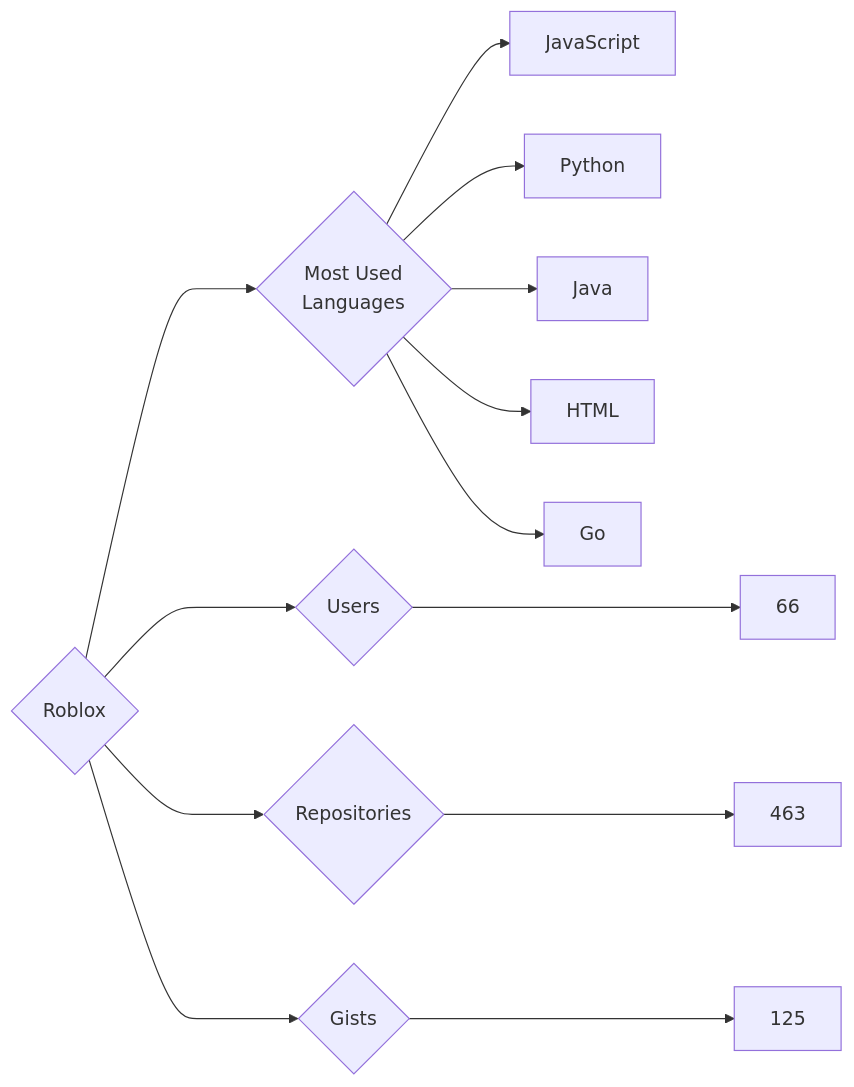
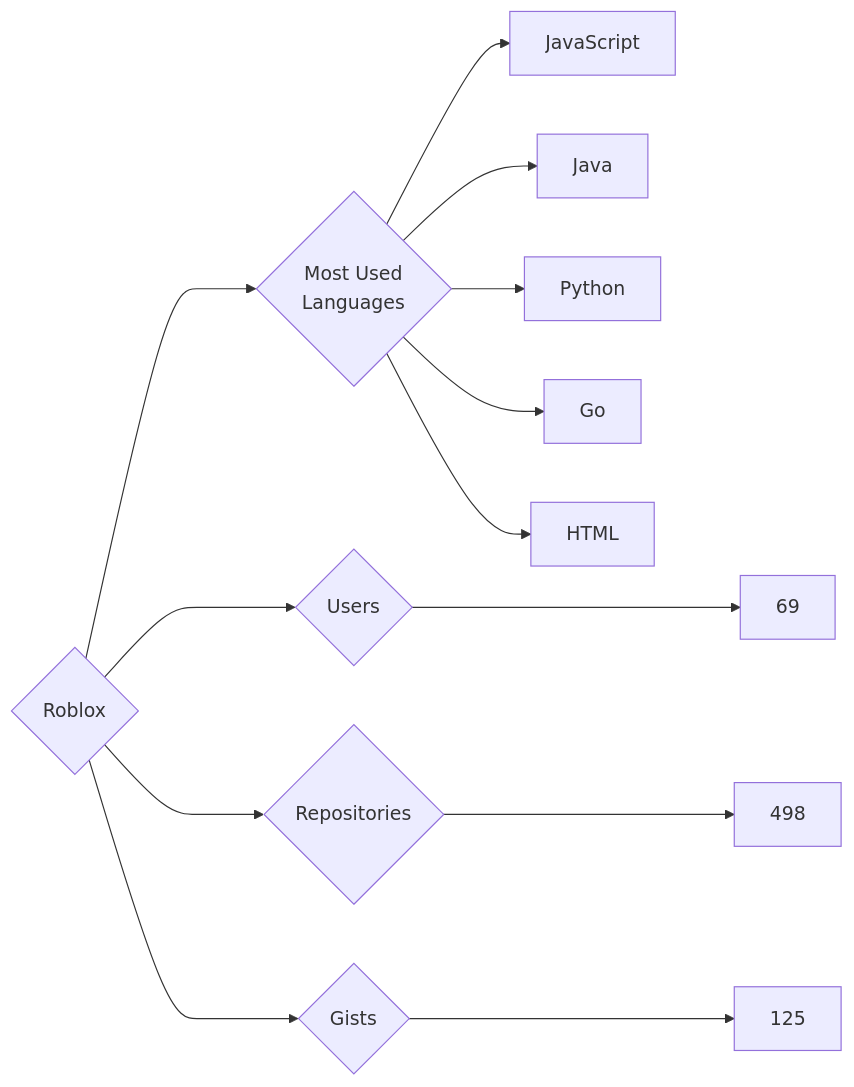
The diagram in targets/Roblox/README.md (trickest/insiders), drawn with Mermaid before and after one commit. The commit also changed 725 other files, not shown here.

````diff
--- a/targets/Roblox/README.md
+++ b/targets/Roblox/README.md
@@ -3,13 +3,13 @@
 ```mermaid
 graph LR
 COMPANY_NAME{Roblox}
-COMPANY_NAME ---> U{Users} ---> UN[66]
-COMPANY_NAME ---> R{Repositories} ---> RN[463]
+COMPANY_NAME ---> U{Users} ---> UN[69]
+COMPANY_NAME ---> R{Repositories} ---> RN[498]
 COMPANY_NAME ---> G{Gists} ---> GN[125]
 COMPANY_NAME ---> ML{Most Used<br>Languages}
 ML --> JavaScript[JavaScript]
+ML --> Java[Java]
 ML --> Python[Python]
-ML --> Java[Java]
+ML --> Go[Go]
 ML --> HTML[HTML]
-ML --> Go[Go]
 ```
````
